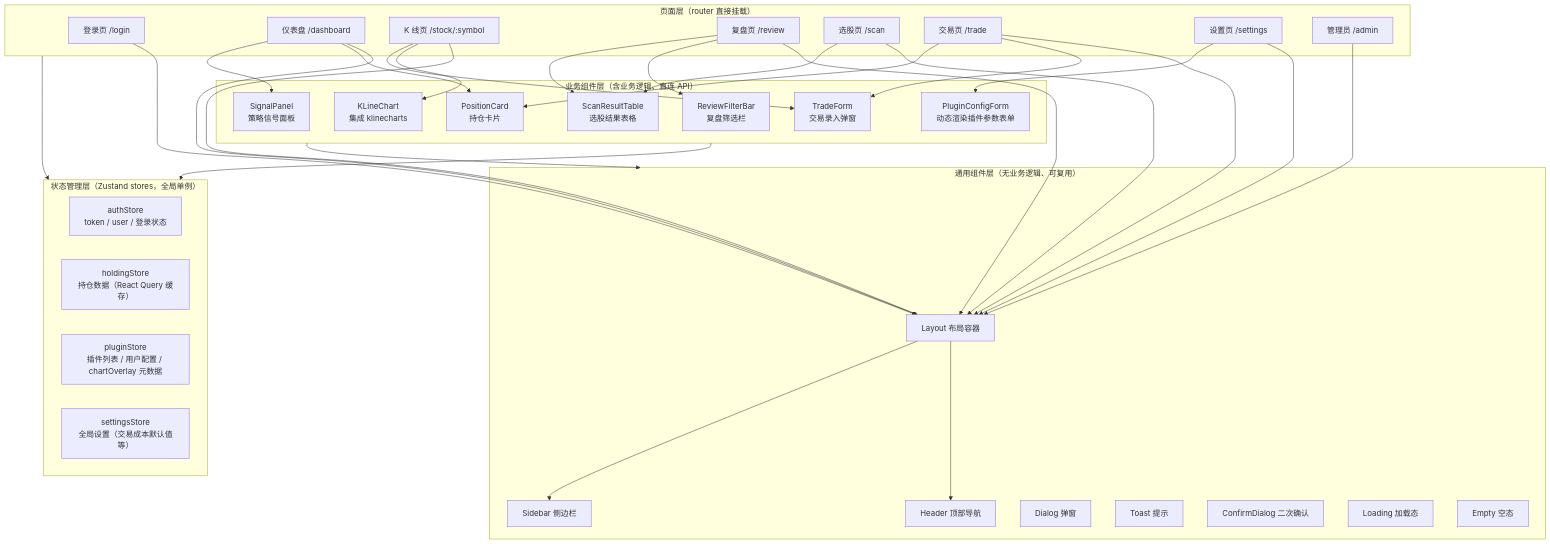
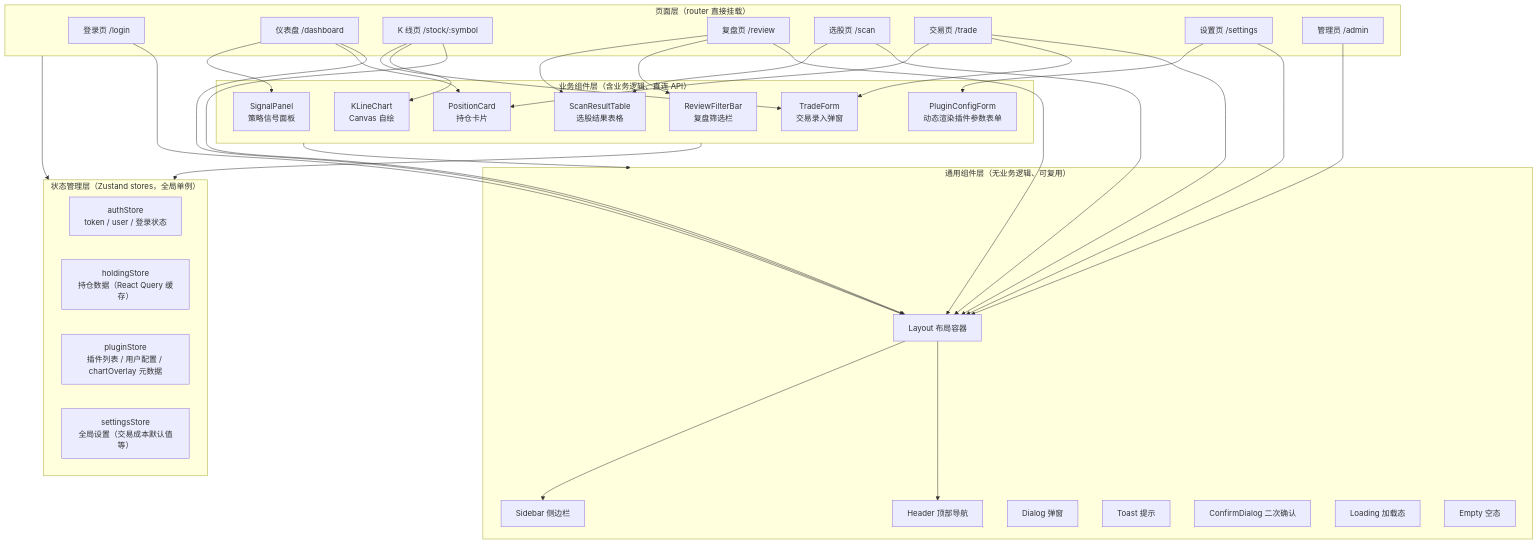
One commit to skytreat/InvestAssistantMVP changed the third of 15 diagrams in docs/client/SDD.md. Above: the diagram before and after it, drawn with Mermaid. The commit also changed other lines of this file, not shown here.

````diff
--- a/docs/client/SDD.md
+++ b/docs/client/SDD.md
@@ -618,55 +645,55 @@
 ```mermaid
 graph TD
     subgraph Pages["页面层（router 直接挂载）"]
         P1[登录页 /login]
         P2[仪表盘 /dashboard]
         P3[K 线页 /stock/:symbol]
         P4[复盘页 /review]
         P5[选股页 /scan]
         P6[交易页 /trade]
         P7[设置页 /settings]
         P8[管理员 /admin]
     end
 
     subgraph Business["业务组件层（含业务逻辑、直连 API）"]
-        B1[KLineChart<br/>集成 klinecharts]
+        B1[KLineChart<br/>Canvas 自绘]
         B2[TradeForm<br/>交易录入弹窗]
         B3[PositionCard<br/>持仓卡片]
         B4[SignalPanel<br/>策略信号面板]
         B5[PluginConfigForm<br/>动态渲染插件参数表单]
         B6[ReviewFilterBar<br/>复盘筛选栏]
         B7[ScanResultTable<br/>选股结果表格]
     end
 
     subgraph Common["通用组件层（无业务逻辑、可复用）"]
         C1[Layout 布局容器]
         C2[Header 顶部导航]
         C3[Sidebar 侧边栏]
         C4[Dialog 弹窗]
         C5[Toast 提示]
         C6[ConfirmDialog 二次确认]
         C7[Loading 加载态]
         C8[Empty 空态]
     end
 
     subgraph Feature["状态管理层（Zustand stores，全局单例）"]
         F1[authStore<br/>token / user / 登录状态]
         F2[holdingStore<br/>持仓数据（React Query 缓存）]
         F3[pluginStore<br/>插件列表 / 用户配置 / chartOverlay 元数据]
         F4[settingsStore<br/>全局设置（交易成本默认值等）]
     end
 
     P1 --> C1
     P2 --> C1 & B3 & B4
     P3 --> C1 & B1 & B2
     P4 --> C1 & B6 & B7
     P5 --> C1 & B7
     P6 --> C1 & B2 & B3
     P7 --> C1 & B5
     P8 --> C1
 
     C1 --> C2 & C3
     Pages --> Feature
     Business --> Feature
     Business --> Common
 ```
````
